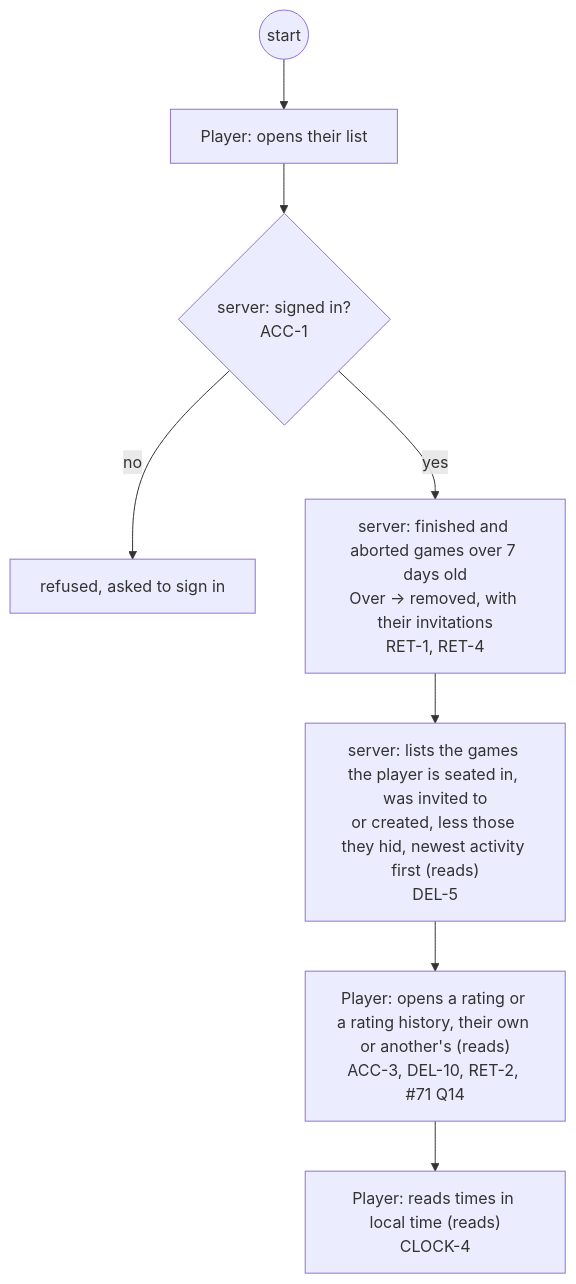
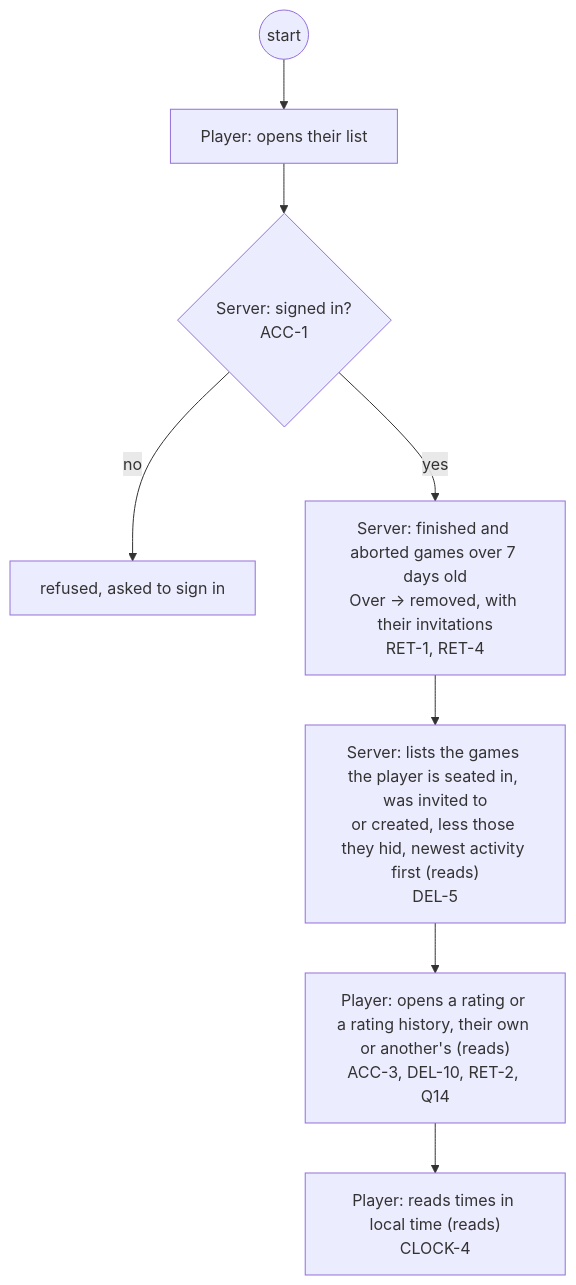
Before and after one commit to delphside/programme: diagram 22 of 29 in docs/changes/workstreams/application-game-architecture/71-one-game-model/71-functional.md, drawn with Mermaid. The commit also changed other lines of this file, not shown here.

First line of the commit message:
app 0.9.2 api 2.16: 71: questions get headings Q1 to Q15; Server capitalised as an actor

````diff
--- a/docs/changes/workstreams/application-game-architecture/71-one-game-model/71-functional.md
+++ b/docs/changes/workstreams/application-game-architecture/71-one-game-model/71-functional.md
@@ -386,10 +387,10 @@
 ```mermaid
 flowchart TD
   s0((start)) --> p1["Player: opens their list"]
-  p1 --> v1{"server: signed in?<br/>ACC-1"}
+  p1 --> v1{"Server: signed in?<br/>ACC-1"}
   v1 -- no --> r1["refused, asked to sign in"]
-  v1 -- yes --> t1["server: finished and aborted games over 7 days old<br/>Over → removed, with their invitations<br/>RET-1, RET-4"]
-  t1 --> v2["server: lists the games the player is seated in, was invited to<br/>or created, less those they hid, newest activity first (reads)<br/>DEL-5"]
-  v2 --> p2["Player: opens a rating or a rating history, their own or another's (reads)<br/>ACC-3, DEL-10, RET-2, #71 Q14"]
+  v1 -- yes --> t1["Server: finished and aborted games over 7 days old<br/>Over → removed, with their invitations<br/>RET-1, RET-4"]
+  t1 --> v2["Server: lists the games the player is seated in, was invited to<br/>or created, less those they hid, newest activity first (reads)<br/>DEL-5"]
+  v2 --> p2["Player: opens a rating or a rating history, their own or another's (reads)<br/>ACC-3, DEL-10, RET-2, Q14"]
   p2 --> p3["Player: reads times in local time (reads)<br/>CLOCK-4"]
 ```
````
